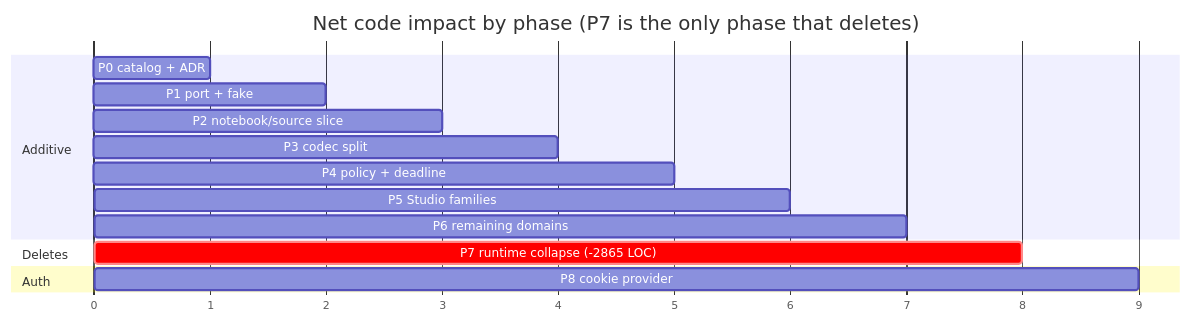
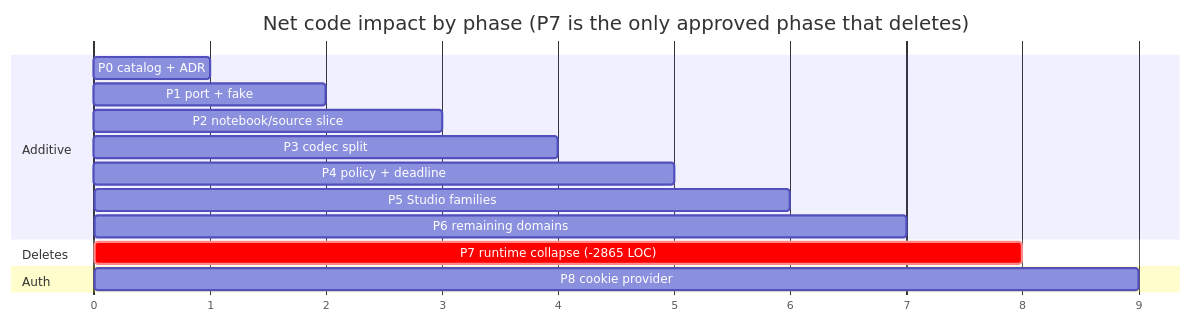
One commit to teng-lin/notebooklm-py changed the sixth of 6 diagrams in docs/plan/2026-08-13-semantic-backend-refactor.md. Above: the diagram before and after it, drawn with Mermaid. The commit also changed other lines of this file and 2 other files, not shown here.

````diff
--- a/docs/plan/2026-08-13-semantic-backend-refactor.md
+++ b/docs/plan/2026-08-13-semantic-backend-refactor.md
@@ -407,21 +408,21 @@
 ```mermaid
 gantt
-    title Net code impact by phase (P7 is the only phase that deletes)
+    title Net code impact by phase (P7 is the only approved phase that deletes)
     dateFormat X
     axisFormat %s
 
     section Additive
     P0 catalog + ADR            :0, 1
     P1 port + fake              :1, 2
     P2 notebook/source slice    :2, 3
     P3 codec split              :3, 4
     P4 policy + deadline        :4, 5
     P5 Studio families          :5, 6
     P6 remaining domains        :6, 7
 
     section Deletes
     P7 runtime collapse (-2865 LOC) :crit, 7, 8
 
     section Auth
     P8 cookie provider          :8, 9
 ```
````
